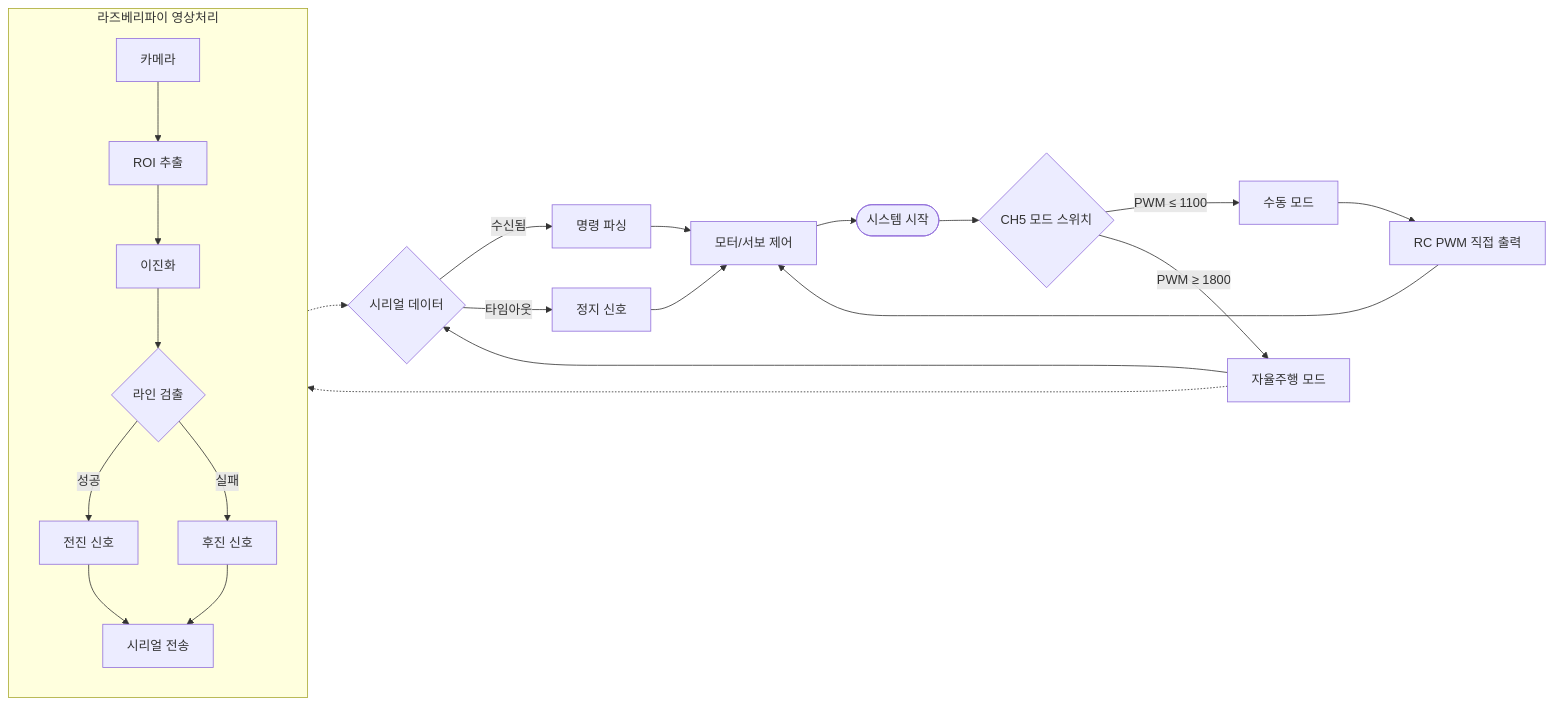
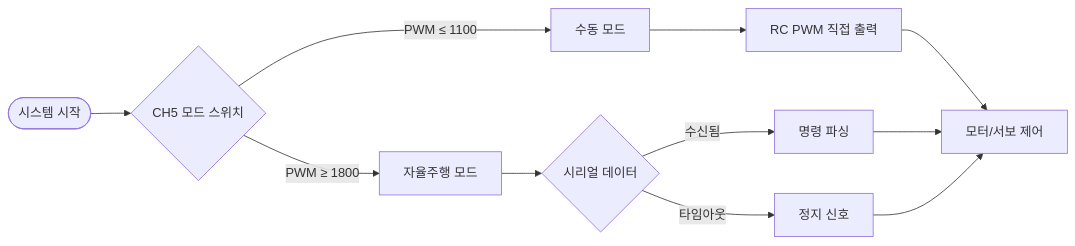
Before and after one commit to happycat0502/mission_3: the first of 2 diagrams in README.md, drawn with Mermaid. The commit also changed other lines of this file, not shown here.

````diff
--- a/README.md
+++ b/README.md
@@ -224,30 +225,17 @@
 ```mermaid
 flowchart LR
     Start([시스템 시작]) --> CheckMode{CH5 모드 스위치}
     
     CheckMode -->|PWM ≤ 1100| Manual[수동 모드]
     CheckMode -->|PWM ≥ 1800| Auto[자율주행 모드]
     
     Manual --> RCControl[RC PWM 직접 출력]
     Auto --> SerialRead{시리얼 데이터}
     
     RCControl --> MotorOutput[모터/서보 제어]
     SerialRead -->|수신됨| ParseCmd[명령 파싱]
     SerialRead -->|타임아웃| Stop[정지 신호]
     
     ParseCmd --> MotorOutput
     Stop --> MotorOutput
-    MotorOutput --> Start
-    
-    subgraph Vision [라즈베리파이 영상처리]
-        Camera[카메라] --> ROI[ROI 추출] --> Binary[이진화]
-        Binary --> LineCheck{라인 검출}
-        LineCheck -->|성공| Forward[전진 신호]
-        LineCheck -->|실패| Reverse[후진 신호]
-        Forward --> SendSerial[시리얼 전송]
-        Reverse --> SendSerial
-    end
-    
-    Auto -.-> Vision
-    Vision -.-> SerialRead
 ```
````
